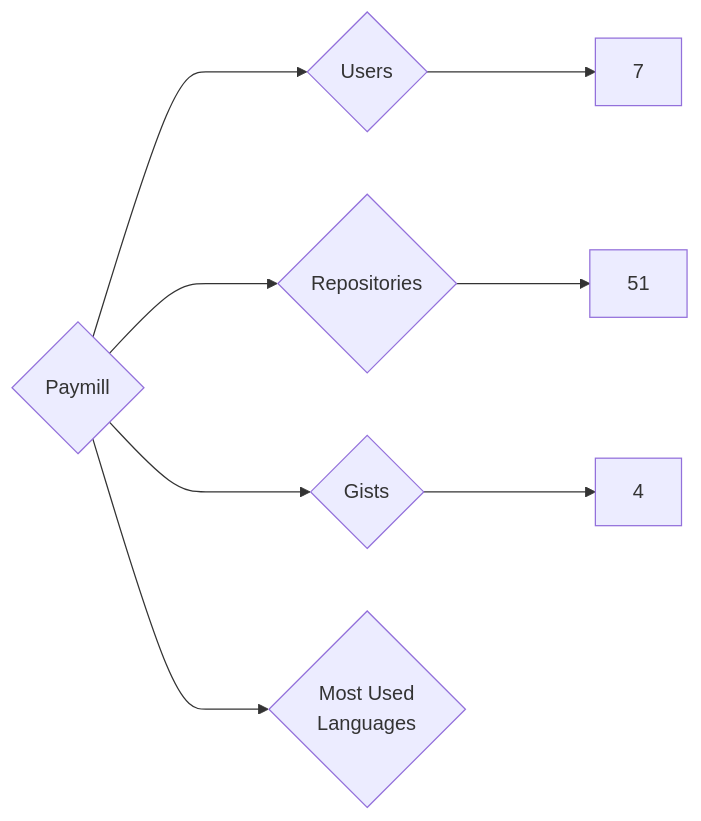
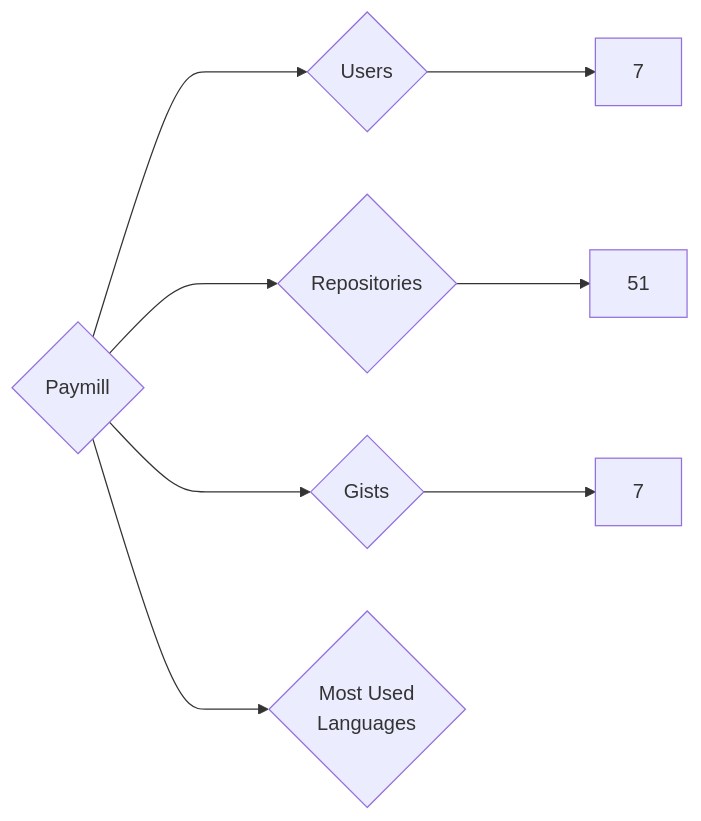
One commit to nenadzaric/insiders changed the diagram in targets/Paymill/README.md. Above: the diagram before and after it, drawn with Mermaid. The commit also changed 1342 other files, not shown here.

````diff
--- a/targets/Paymill/README.md
+++ b/targets/Paymill/README.md
@@ -3,8 +3,8 @@
 ```mermaid
 graph LR
 COMPANY_NAME{Paymill}
 COMPANY_NAME ---> U{Users} ---> UN[7]
 COMPANY_NAME ---> R{Repositories} ---> RN[51]
-COMPANY_NAME ---> G{Gists} ---> GN[4]
+COMPANY_NAME ---> G{Gists} ---> GN[7]
 COMPANY_NAME ---> ML{Most Used<br>Languages}
 ```
````
